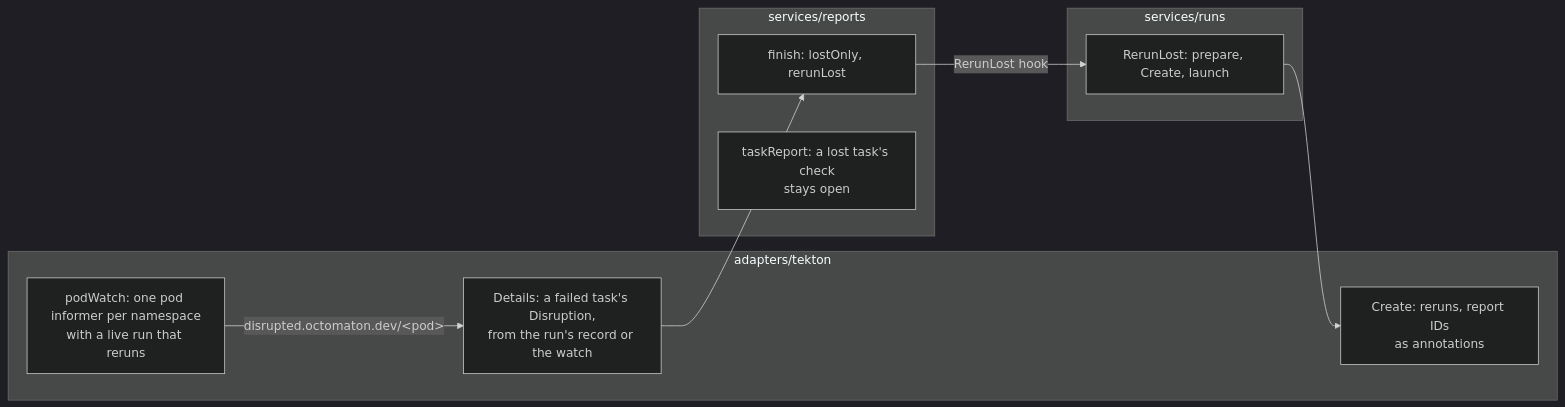
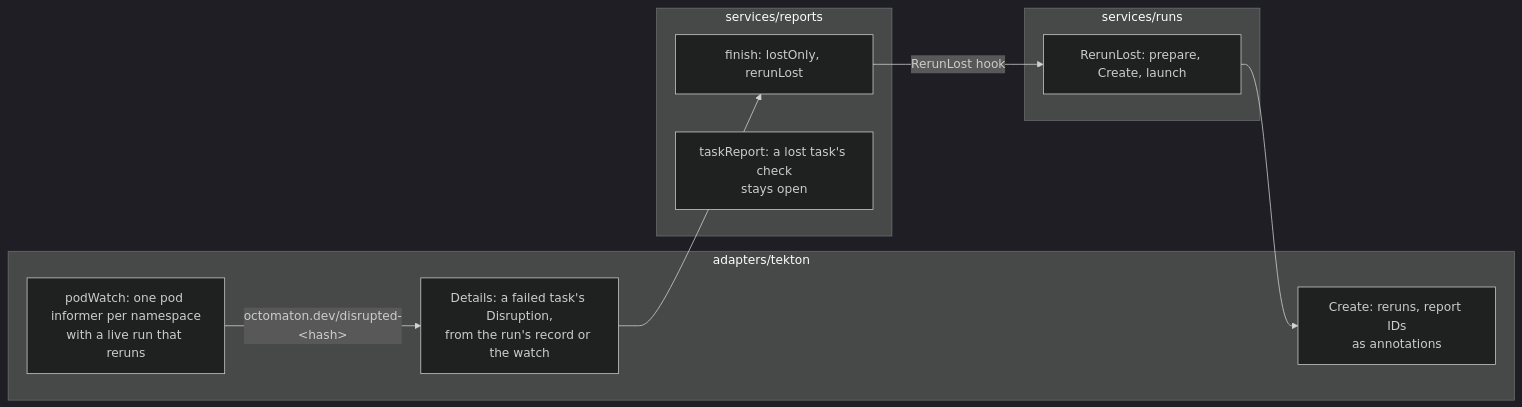
One commit to arikkfir-org/octomaton changed the third of 3 diagrams in docs/octomaton/designs/disruption-reruns.md. Above: the diagram before and after it, drawn with Mermaid (dark theme). The commit also changed other lines of this file and 3 other files, not shown here.

First line of the commit message:
fix(tekton): stop the pod watch unlocked; record pods under octomaton.dev/

````diff
--- a/docs/octomaton/designs/disruption-reruns.md
+++ b/docs/octomaton/designs/disruption-reruns.md
@@ -72,19 +72,19 @@
 ```mermaid
 flowchart LR
   subgraph tekton["adapters/tekton"]
     PW["podWatch: one pod informer per namespace<br/>with a live run that reruns"]
     D["Details: a failed task's Disruption,<br/>from the run's record or the watch"]
     C["Create: reruns, report IDs<br/>as annotations"]
   end
   subgraph reports["services/reports"]
     FI["finish: lostOnly, rerunLost"]
     TR["taskReport: a lost task's check<br/>stays open"]
   end
   subgraph runs["services/runs"]
     RL["RerunLost: prepare, Create, launch"]
   end
-  PW -->|"disrupted.octomaton.dev/&lt;pod&gt;"| D
+  PW -->|"octomaton.dev/disrupted-&lt;hash&gt;"| D
   D --> FI
   FI -->|"RerunLost hook"| RL
   RL --> C
 ```
````
